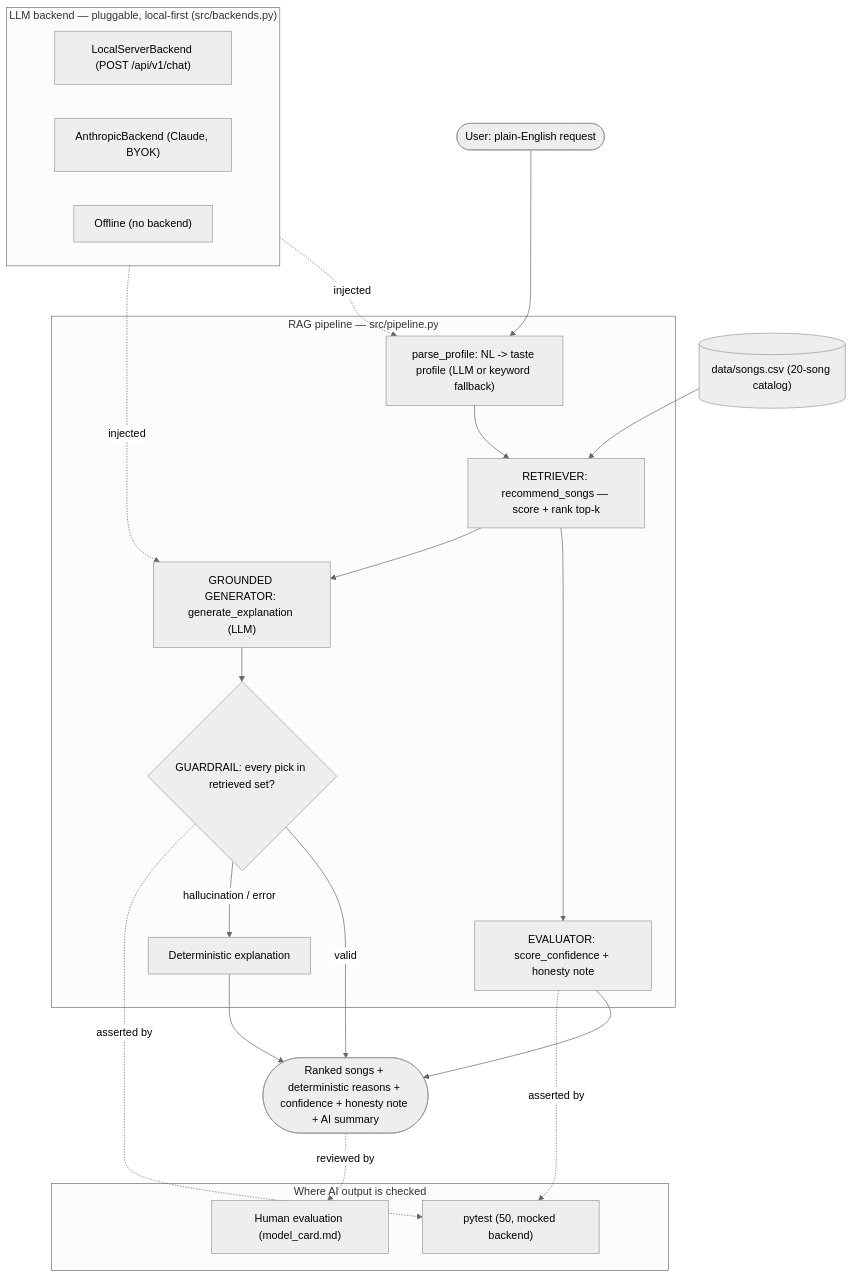
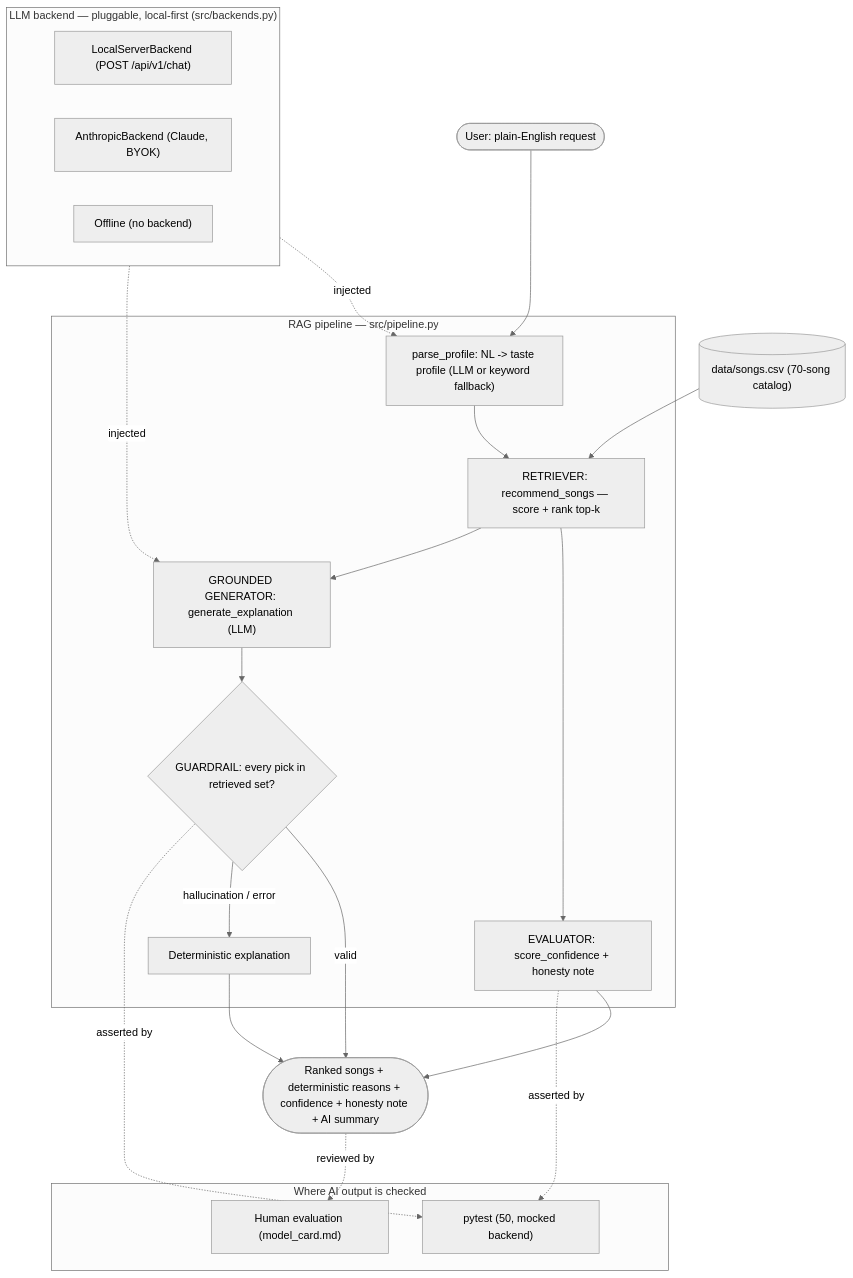
Before and after one commit to alienesgoktas/Applied-AI-System-Project: the diagram in README.md, drawn with Mermaid (neutral theme). The commit also changed other lines of this file and 5 other files, not shown here.

````diff
--- a/README.md
+++ b/README.md
@@ -50,41 +50,41 @@
 ```mermaid
 flowchart TB
     USER([User: plain-English request])
     OUT([Ranked songs + deterministic reasons + confidence + honesty note + AI summary])
-    CSV[("data/songs.csv (20-song catalog)")]
+    CSV[("data/songs.csv (70-song catalog)")]
 
     subgraph Backends["LLM backend — pluggable, local-first (src/backends.py)"]
         LOCAL["LocalServerBackend (POST /api/v1/chat)"]
         ANTH["AnthropicBackend (Claude, BYOK)"]
         OFFB["Offline (no backend)"]
     end
 
     subgraph Core["RAG pipeline — src/pipeline.py"]
         PARSE["parse_profile: NL -> taste profile (LLM or keyword fallback)"]
         RETR["RETRIEVER: recommend_songs — score + rank top-k"]
         GEN["GROUNDED GENERATOR: generate_explanation (LLM)"]
         GUARD{"GUARDRAIL: every pick in retrieved set?"}
         DET["Deterministic explanation"]
         CONF["EVALUATOR: score_confidence + honesty note"]
     end
 
     subgraph Checks["Where AI output is checked"]
         TESTS["pytest (50, mocked backend)"]
         HUMAN["Human evaluation (model_card.md)"]
     end
 
     USER --> PARSE
     Backends -. injected .-> PARSE
     Backends -. injected .-> GEN
     CSV --> RETR
     PARSE --> RETR
     RETR --> CONF
     RETR --> GEN
     GEN --> GUARD
     GUARD -- valid --> OUT
     GUARD -- "hallucination / error" --> DET --> OUT
     CONF --> OUT
     GUARD -. asserted by .-> TESTS
     CONF -. asserted by .-> TESTS
     OUT -. reviewed by .-> HUMAN
 ```
````
